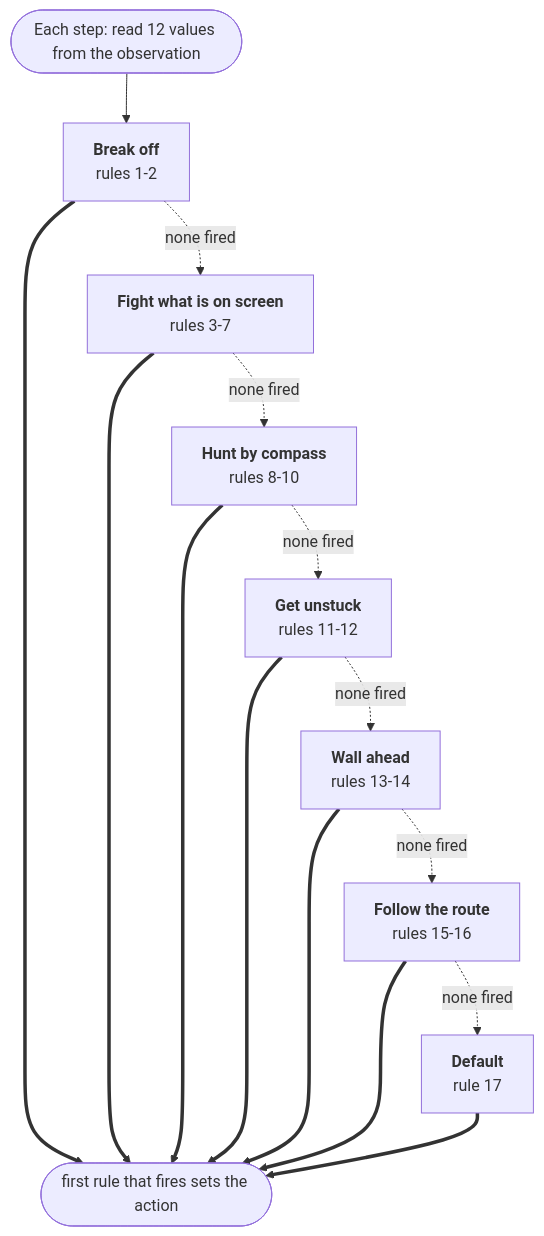
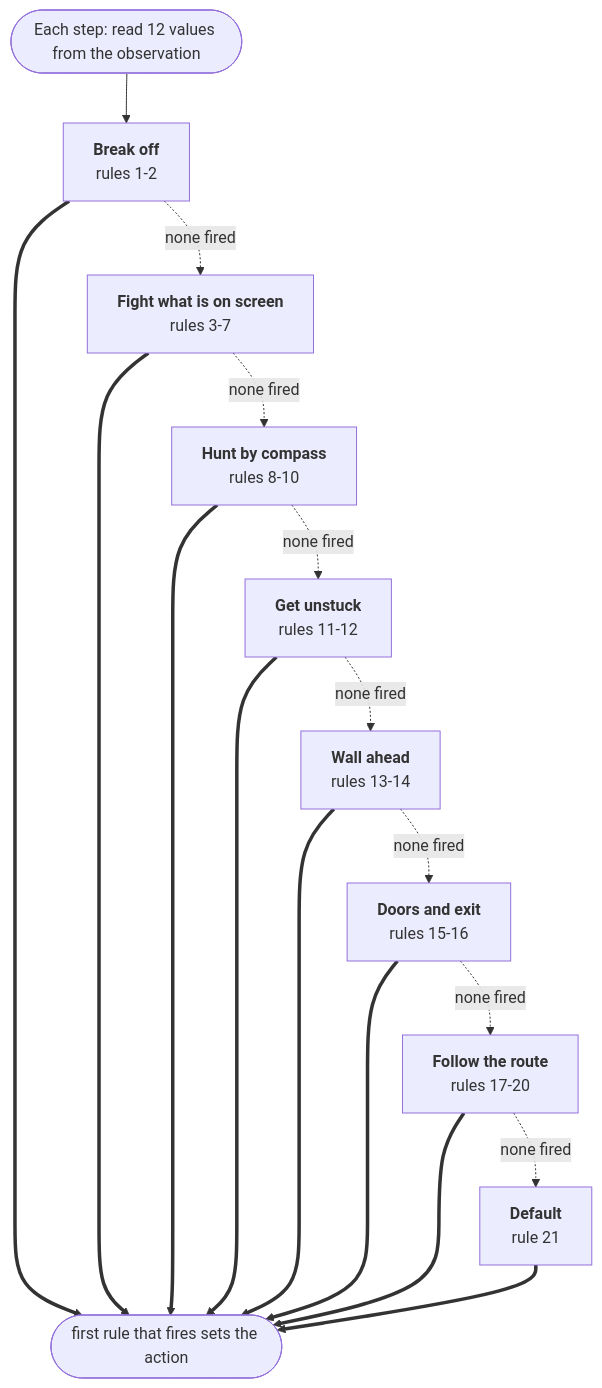
One commit to MCERQUA/rulesmith changed the third of 3 diagrams in docs/doom.md. Above: the diagram before and after it, drawn with Mermaid. The commit also changed other lines of this file and 5 other files, not shown here.

````diff
--- a/docs/doom.md
+++ b/docs/doom.md
@@ -891,19 +901,21 @@
 ```mermaid
 flowchart TD
   OBS(["Each step: read 12 values from the observation"])
   G0["<b>Break off</b><br/>rules 1-2"]
   OBS --> G0
   G1["<b>Fight what is on screen</b><br/>rules 3-7"]
   G0 -.->|none fired| G1
   G2["<b>Hunt by compass</b><br/>rules 8-10"]
   G1 -.->|none fired| G2
   G3["<b>Get unstuck</b><br/>rules 11-12"]
   G2 -.->|none fired| G3
   G4["<b>Wall ahead</b><br/>rules 13-14"]
   G3 -.->|none fired| G4
-  G5["<b>Follow the route</b><br/>rules 15-16"]
+  G5["<b>Doors and exit</b><br/>rules 15-16"]
   G4 -.->|none fired| G5
-  G6["<b>Default</b><br/>rule 17"]
+  G6["<b>Follow the route</b><br/>rules 17-20"]
   G5 -.->|none fired| G6
-  G0 & G1 & G2 & G3 & G4 & G5 & G6 ==> ACT(["first rule that fires sets the action"])
+  G7["<b>Default</b><br/>rule 21"]
+  G6 -.->|none fired| G7
+  G0 & G1 & G2 & G3 & G4 & G5 & G6 & G7 ==> ACT(["first rule that fires sets the action"])
 ```
````
